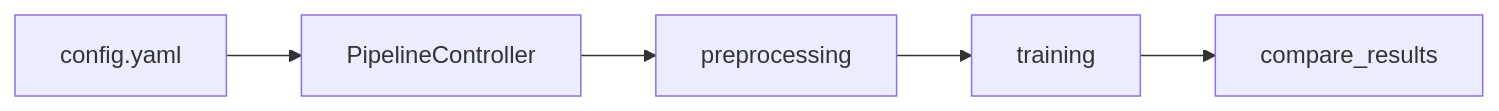
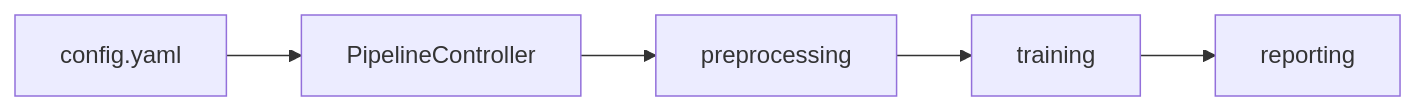
Before and after one commit to dkawa2523/automllibclearML2: diagram 14 of 14 in README_user.md, drawn with Mermaid. The commit also changed other lines of this file and 35 other files, not shown here.

````diff
--- a/README_user.md
+++ b/README_user.md
@@ -391,7 +413,7 @@
 ```mermaid
 flowchart LR
     A[config.yaml] --> B[PipelineController]
     B --> C[preprocessing]
     C --> D[training]
-    D --> E[compare_results]
+    D --> E[reporting]
 ```
````
